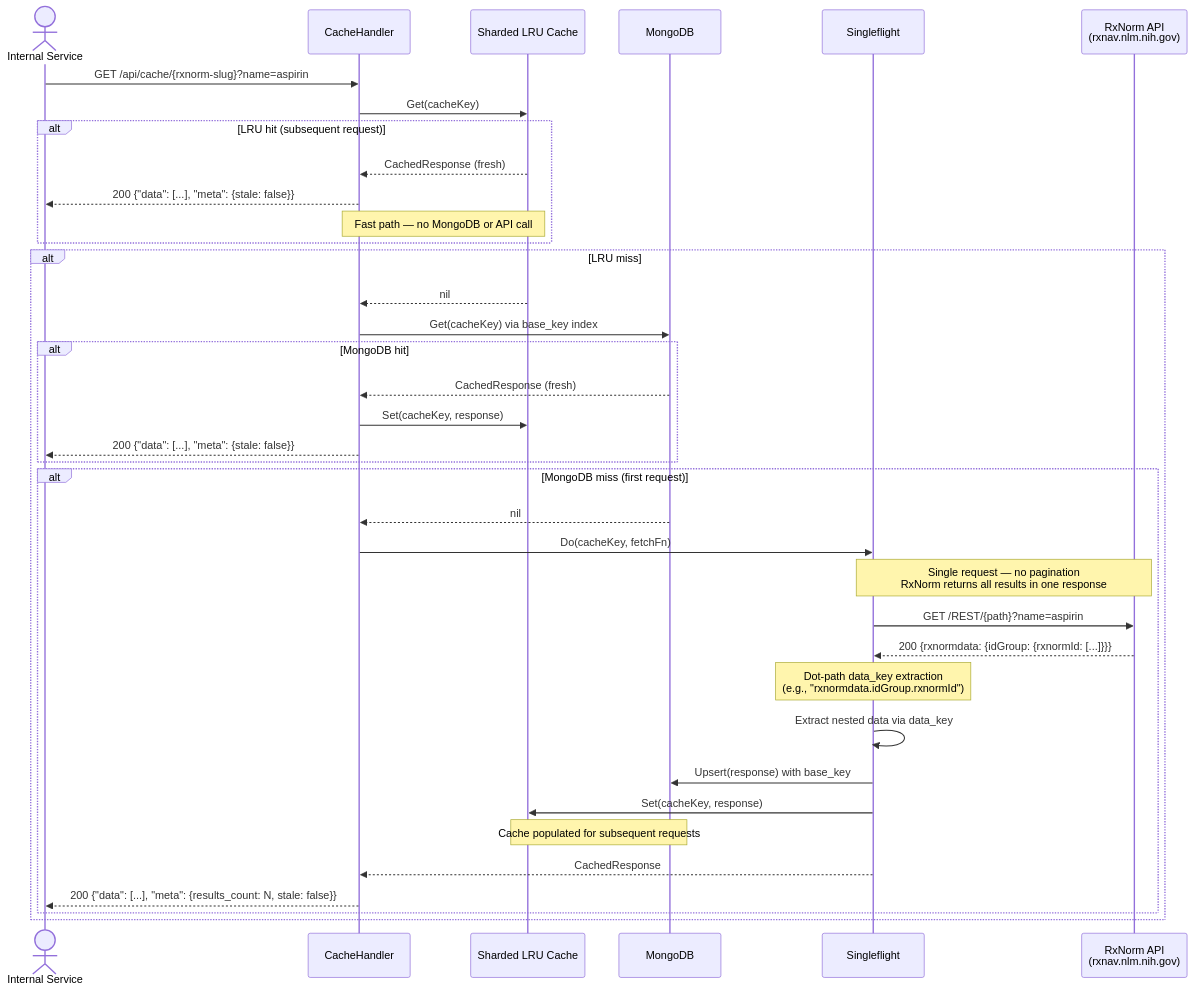
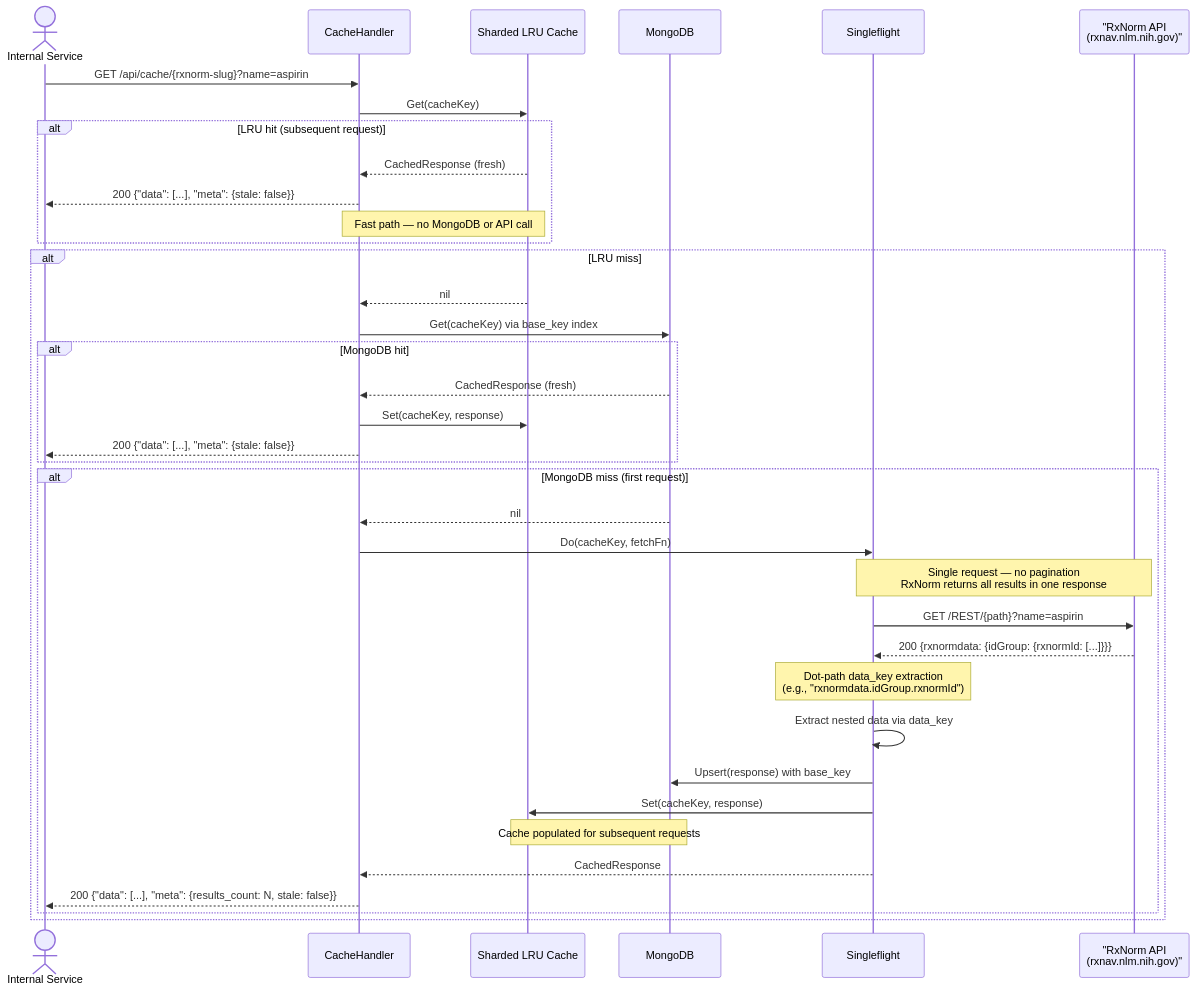
Before and after one commit to finish06/cash-drugs: diagram 15 of 31 in docs/sequence-diagram.md, drawn with Mermaid. The commit also changed other lines of this file and 8 other files, not shown here.

````diff
--- a/docs/sequence-diagram.md
+++ b/docs/sequence-diagram.md
@@ -544,47 +548,47 @@
 ```mermaid
 sequenceDiagram
     actor Client as Internal Service
     participant CH as CacheHandler
     participant LRU as Sharded LRU Cache
     participant DB as MongoDB
     participant SF as Singleflight
-    participant RX as RxNorm API<br/>(rxnav.nlm.nih.gov)
+    participant RX as "RxNorm API<br/>(rxnav.nlm.nih.gov)"
 
     Client->>CH: GET /api/cache/{rxnorm-slug}?name=aspirin
 
     CH->>LRU: Get(cacheKey)
     alt LRU hit (subsequent request)
         LRU-->>CH: CachedResponse (fresh)
         CH-->>Client: 200 {"data": [...], "meta": {stale: false}}
         Note over LRU,CH: Fast path — no MongoDB or API call
     end
 
     alt LRU miss
         LRU-->>CH: nil
         CH->>DB: Get(cacheKey) via base_key index
         alt MongoDB hit
             DB-->>CH: CachedResponse (fresh)
             CH->>LRU: Set(cacheKey, response)
             CH-->>Client: 200 {"data": [...], "meta": {stale: false}}
         end
 
         alt MongoDB miss (first request)
             DB-->>CH: nil
             CH->>SF: Do(cacheKey, fetchFn)
             Note over SF,RX: Single request — no pagination<br/>RxNorm returns all results in one response
 
             SF->>RX: GET /REST/{path}?name=aspirin
             RX-->>SF: 200 {rxnormdata: {idGroup: {rxnormId: [...]}}}
 
             Note over SF: Dot-path data_key extraction<br/>(e.g., "rxnormdata.idGroup.rxnormId")
             SF->>SF: Extract nested data via data_key
 
             SF->>DB: Upsert(response) with base_key
             SF->>LRU: Set(cacheKey, response)
             Note over LRU,DB: Cache populated for subsequent requests
 
             SF-->>CH: CachedResponse
             CH-->>Client: 200 {"data": [...], "meta": {results_count: N, stale: false}}
         end
     end
 ```
````
